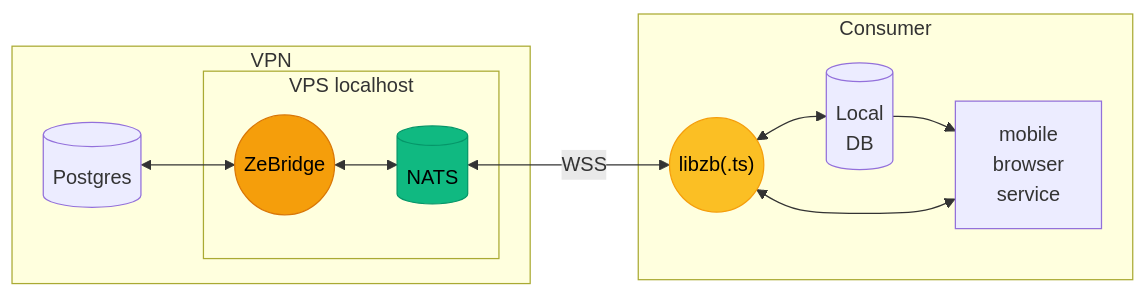
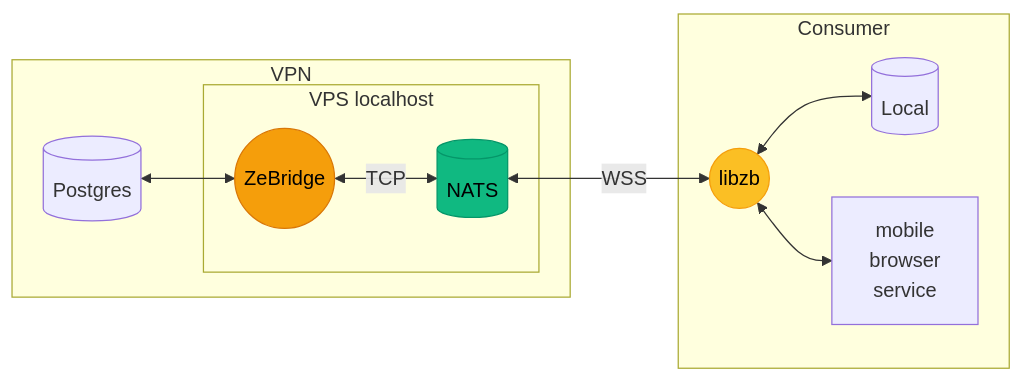
The first of 3 diagrams in README.md (ndrean/ZeBridge), drawn with Mermaid before and after one commit. The commit also changed other lines of this file, not shown here.

````diff
--- a/README.md
+++ b/README.md
@@ -11,28 +11,28 @@
 ```mermaid
 flowchart LR
      subgraph VPN["VPN"]
         PG[("Postgres")]
         subgraph Localhost ["VPS localhost"]
             Bridge(("ZeBridge"))
             NATS[("NATS")]
         end
         PG <--> Bridge
-        Bridge <-->  NATS
+        Bridge <--> |TCP| NATS
     end
 
     NATS <--> |WSS| Lib
 
 
     subgraph Edge["Consumer"]
-        Lib(("libzb(.ts)"))
-        SQL[("Local<br>DB")]
+        Lib(("libzb"))
+        SQL[("Local")]
         App["mobile<br>browser<br>service"]
-        SQL -->App
-        App <-->Lib
         Lib <-->SQL
+        Lib <-->App
+
     end
 
     style Bridge fill:#f59e0b,stroke:#d97706,color:#000
     style Lib fill:#fbbf24,stroke:#f59e0b,color:#000
     style NATS fill:#10b981,stroke:#059669,color:#000
 ```
````
